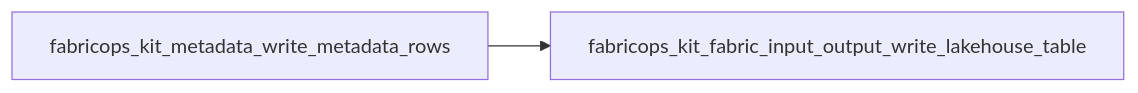
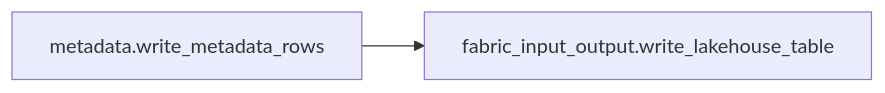
One commit to Voycepeh/FabricOps-Starter-Kit changed the second of 2 diagrams in docs/api/modules/metadata.md. Above: the diagram before and after it, drawn with Mermaid. The commit also changed other lines of this file and 14 other files, not shown here.

Commit message:
Polish dependency graph rendering and module docs UX

````diff
--- a/docs/api/modules/metadata.md
+++ b/docs/api/modules/metadata.md
@@ -80,4 +60,4 @@
 ```mermaid
 flowchart LR
-  fabricops_kit_metadata_write_metadata_rows --> fabricops_kit_fabric_input_output_write_lakehouse_table
+  c1[metadata.write_metadata_rows] --> d1[fabric_input_output.write_lakehouse_table]
 ```
````
